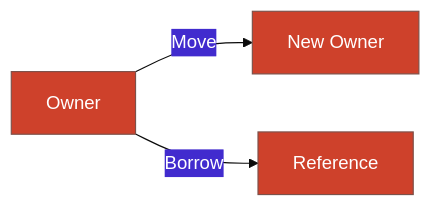
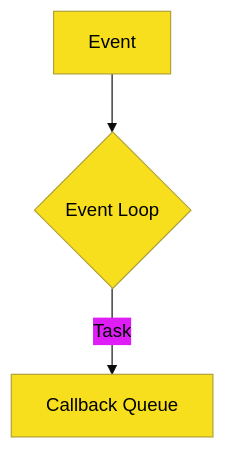
Before and after one commit to syahputrawork98-sketch/Rust-Knowledge-Base: the diagram in docs/standards/aesthetic.md, drawn with Mermaid. The commit also changed other lines of this file and 9 other files, not shown here.

````diff
--- a/docs/standards/aesthetic.md
+++ b/docs/standards/aesthetic.md
@@ -12,6 +12,6 @@
 ```mermaid
-%%{init: {'theme': 'base', 'themeVariables': { 'primaryColor': '#CE412B', 'primaryTextColor': '#fff'}}}%%
-graph LR
-    A[Owner] -- Move --> B[New Owner]
-    A -- Borrow --> C[Reference]
+%%{init: {'theme': 'base', 'themeVariables': { 'primaryColor': '#F7DF1E', 'primaryTextColor': '#000'}}}%%
+graph TD
+    A[Event] --> B{Event Loop}
+    B -->|Task| C[Callback Queue]
 ```
````
